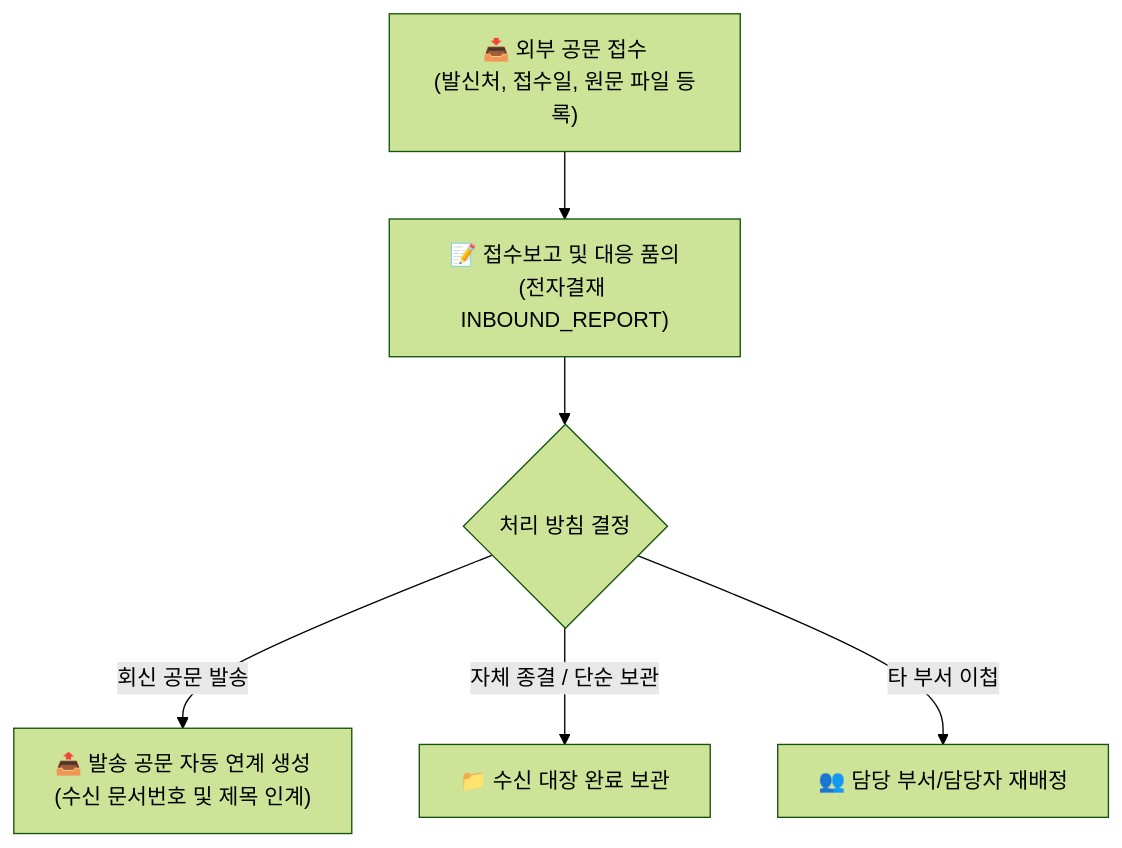
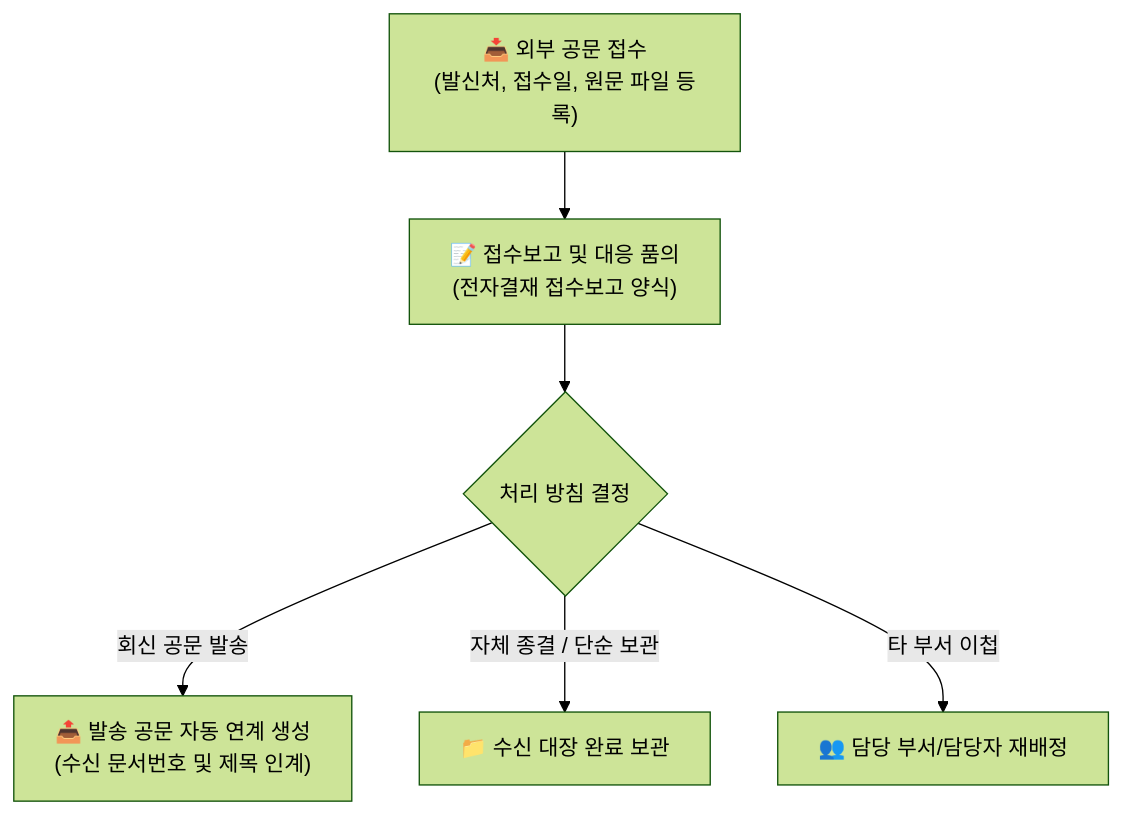
Before and after one commit to nc2U/ibs: the diagram in app/vue/docs/official-letter/inbound.md, drawn with Mermaid (forest theme). The commit also changed other lines of this file and 5 other files, not shown here.

````diff
--- a/app/vue/docs/official-letter/inbound.md
+++ b/app/vue/docs/official-letter/inbound.md
@@ -8,8 +13,8 @@
 ```mermaid
 flowchart TD
-    A["📥 외부 공문 접수<br>(발신처, 접수일, 원문 파일 등록)"] --> B["📝 접수보고 및 대응 품의<br>(전자결재 INBOUND_REPORT)"]
+    A["📥 외부 공문 접수<br>(발신처, 접수일, 원문 파일 등록)"] --> B["📝 접수보고 및 대응 품의<br>(전자결재 접수보고 양식)"]
     B --> C{"처리 방침 결정"}
     C -- " 회신 공문 발송 " --> D["📤 발송 공문 자동 연계 생성<br>(수신 문서번호 및 제목 인계)"]
     C -- " 자체 종결 / 단순 보관 " --> E["📁 수신 대장 완료 보관"]
     C -- " 타 부서 이첩 " --> F["👥 담당 부서/담당자 재배정"]
 ```
````
